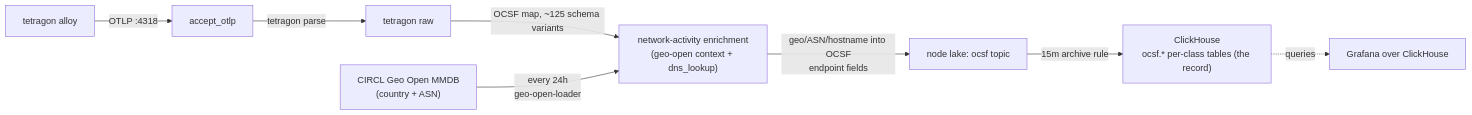
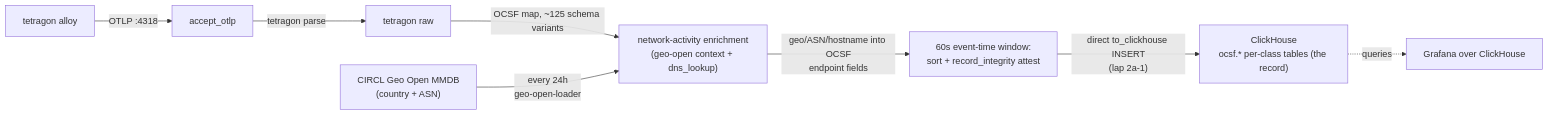
Before and after one commit to Apocrathia/homelab: the diagram in flux/manifests/04-apps/security/tenzir/nodes/tetragon/README.md, drawn with Mermaid. The commit also changed other lines of this file and 10 other files, not shown here.

````diff
--- a/flux/manifests/04-apps/security/tenzir/nodes/tetragon/README.md
+++ b/flux/manifests/04-apps/security/tenzir/nodes/tetragon/README.md
@@ -39,10 +45,10 @@
 ```mermaid
 flowchart LR
     TT[tetragon alloy] -->|"OTLP :4318"| AO[accept_otlp]
     AO -->|"tetragon parse"| TR["tetragon raw"]
     TR -->|"OCSF map, ~125 schema variants"| ENR["network-activity enrichment<br/>(geo-open context + dns_lookup)"]
     CIRCL["CIRCL Geo Open MMDB<br/>(country + ASN)"] -->|"every 24h<br/>geo-open-loader"| ENR
-    ENR -->|"geo/ASN/hostname into OCSF<br/>endpoint fields"| LAKE["node lake: ocsf topic"]
-    LAKE -->|"15m archive rule"| CH["ClickHouse<br/>ocsf.* per-class tables (the record)"]
+    ENR -->|"geo/ASN/hostname into OCSF<br/>endpoint fields"| WIN["60s event-time window:<br/>sort + record_integrity attest"]
+    WIN -->|"direct to_clickhouse INSERT<br/>(lap 2a-1)"| CH["ClickHouse<br/>ocsf.* per-class tables (the record)"]
     CH -.->|"queries"| GRAF["Grafana over ClickHouse"]
 ```
````
